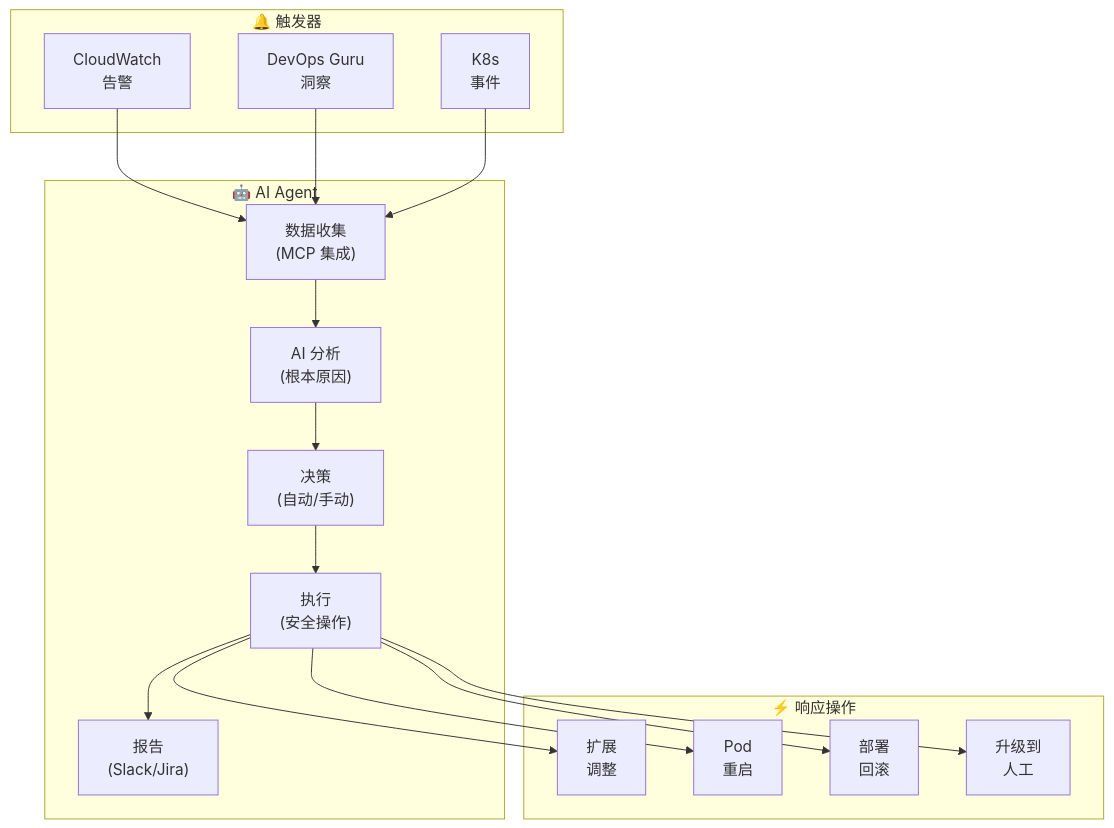
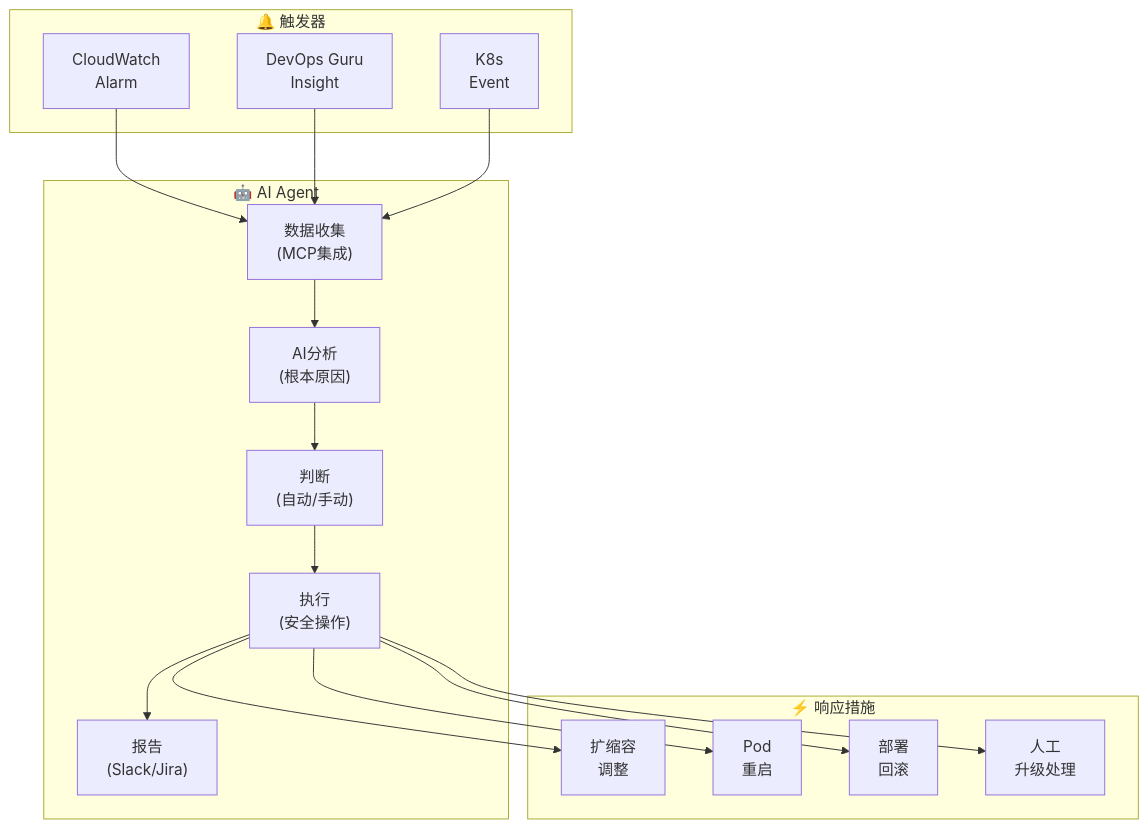
Before and after one commit to devfloor9/engineering-playbook: the fourth of 7 diagrams in i18n/zh/docusaurus-plugin-content-docs/current/aiops-aidlc/aiops-predictive-operations.md, drawn with Mermaid. The commit also changed other lines of this file and 43 other files, not shown here.

````diff
--- a/i18n/zh/docusaurus-plugin-content-docs/current/aiops-aidlc/aiops-predictive-operations.md
+++ b/i18n/zh/docusaurus-plugin-content-docs/current/aiops-aidlc/aiops-predictive-operations.md
@@ -416,33 +1010,33 @@
 ```mermaid
 graph TD
     subgraph Trigger["🔔 触发器"]
-        CWA["CloudWatch<br/>告警"]
-        DGA["DevOps Guru<br/>洞察"]
-        K8SE["K8s<br/>事件"]
+        CWA["CloudWatch<br/>Alarm"]
+        DGA["DevOps Guru<br/>Insight"]
+        K8SE["K8s<br/>Event"]
     end
 
     subgraph Agent["🤖 AI Agent"]
-        COLLECT["数据收集<br/>(MCP 集成)"]
-        ANALYZE["AI 分析<br/>(根本原因)"]
-        DECIDE["决策<br/>(自动/手动)"]
+        COLLECT["数据收集<br/>(MCP集成)"]
+        ANALYZE["AI分析<br/>(根本原因)"]
+        DECIDE["判断<br/>(自动/手动)"]
         ACT["执行<br/>(安全操作)"]
         REPORT["报告<br/>(Slack/Jira)"]
     end
 
-    subgraph Actions["⚡ 响应操作"]
-        SCALE["扩展<br/>调整"]
+    subgraph Actions["⚡ 响应措施"]
+        SCALE["扩缩容<br/>调整"]
         RESTART["Pod<br/>重启"]
         ROLLBACK["部署<br/>回滚"]
-        ESCALATE["升级到<br/>人工"]
+        ESCALATE["人工<br/>升级处理"]
     end
 
     CWA --> COLLECT
     DGA --> COLLECT
     K8SE --> COLLECT
     COLLECT --> ANALYZE --> DECIDE
     DECIDE --> ACT --> REPORT
     ACT --> SCALE
     ACT --> RESTART
     ACT --> ROLLBACK
     ACT --> ESCALATE
 ```
````
